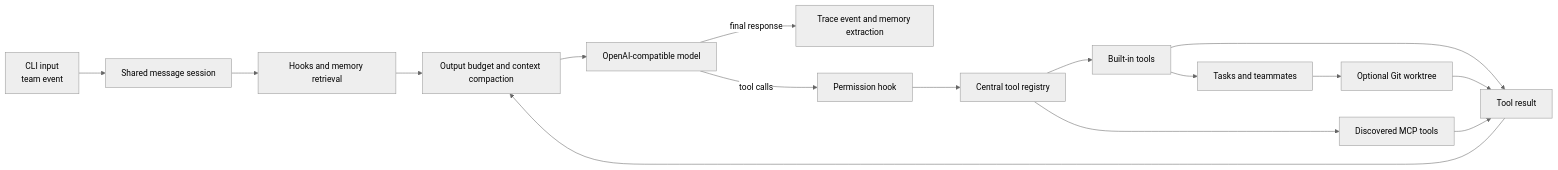
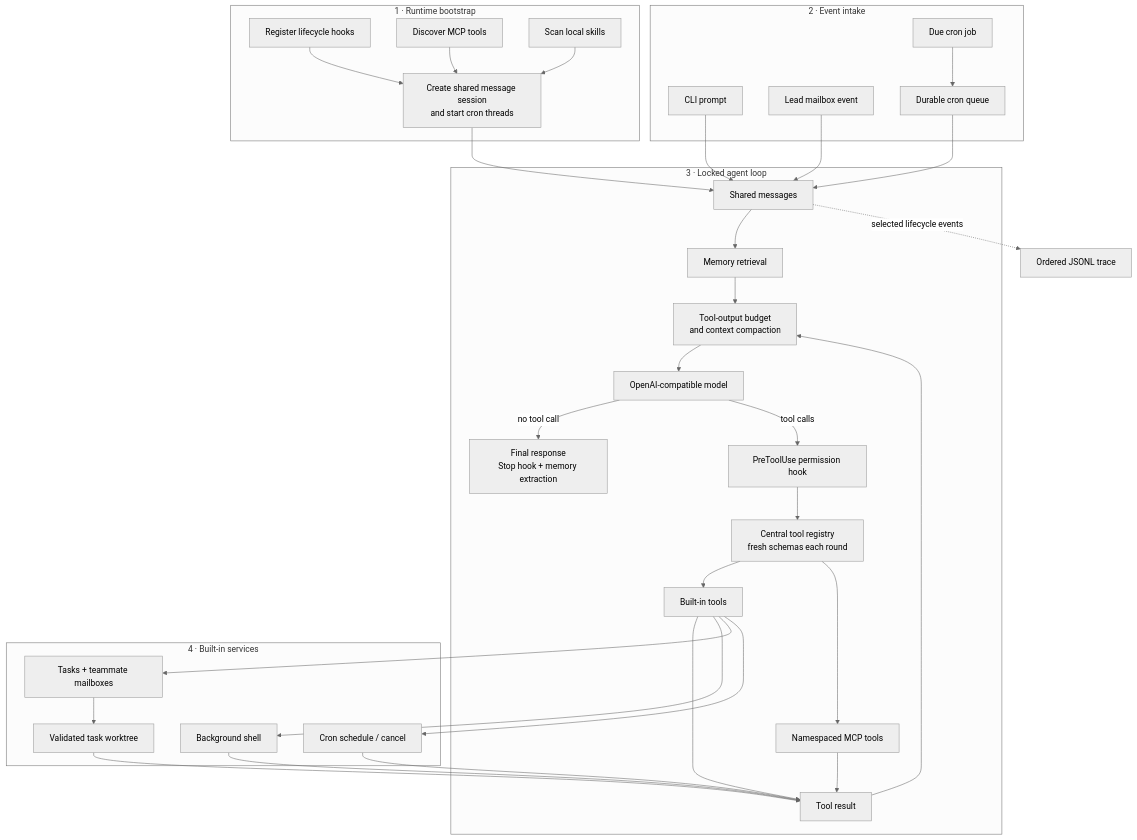
One commit to OpenLucasKaka/bareloop changed the diagram in README.md. Above: the diagram before and after it, drawn with Mermaid (neutral theme). The commit also changed other lines of this file and 1 other file, not shown here.

Commit message:
docs: sync README with current runtime

````diff
--- a/README.md
+++ b/README.md
@@ -62,21 +62,62 @@
 ```mermaid
-flowchart LR
-    A[CLI input<br/>team event] --> B[Shared message session]
-    B --> C[Hooks and memory retrieval]
-    C --> D[Output budget and context compaction]
-    D --> E[OpenAI-compatible model]
+flowchart TB
+    subgraph BOOT["1 · Runtime bootstrap"]
+        A[Register lifecycle hooks]
+        B[Discover MCP tools]
+        C[Scan local skills]
+        D[Create shared message session<br/>and start cron threads]
+        A --> D
+        B --> D
+        C --> D
+    end
 
-    E -->|final response| F[Trace event and memory extraction]
-    E -->|tool calls| G[Permission hook]
-    G --> H[Central tool registry]
+    subgraph INPUT["2 · Event intake"]
+        E[CLI prompt]
+        F[Lead mailbox event]
+        G[Due cron job]
+        H[Durable cron queue]
+        G --> H
+    end
 
-    H --> I[Built-in tools]
-    H --> J[Discovered MCP tools]
-    I --> K[Tool result]
-    J --> K
-    K --> D
+    subgraph LOOP["3 · Locked agent loop"]
+        I[Shared messages]
+        J[Memory retrieval]
+        K[Tool-output budget<br/>and context compaction]
+        L[OpenAI-compatible model]
+        M[Final response<br/>Stop hook + memory extraction]
+        N[PreToolUse permission hook]
+        O[Central tool registry<br/>fresh schemas each round]
+        P[Built-in tools]
+        Q[Namespaced MCP tools]
+        R[Tool result]
 
-    I --> L[Tasks and teammates]
-    L --> M[Optional Git worktree]
-    M --> K
+        I --> J --> K --> L
+        L -->|no tool call| M
+        L -->|tool calls| N --> O
+        O --> P
+        O --> Q
+        P --> R
+        Q --> R
+        R --> K
+    end
+
+    subgraph SERVICES["4 · Built-in services"]
+        S[Background shell]
+        T[Tasks + teammate mailboxes]
+        U[Validated task worktree]
+        V[Cron schedule / cancel]
+        T --> U
+    end
+
+    D --> I
+    E --> I
+    F --> I
+    H --> I
+    P --> S
+    P --> T
+    P --> V
+    S --> R
+    U --> R
+    V --> R
+    I -. selected lifecycle events .-> W[Ordered JSONL trace]
 ```
````
